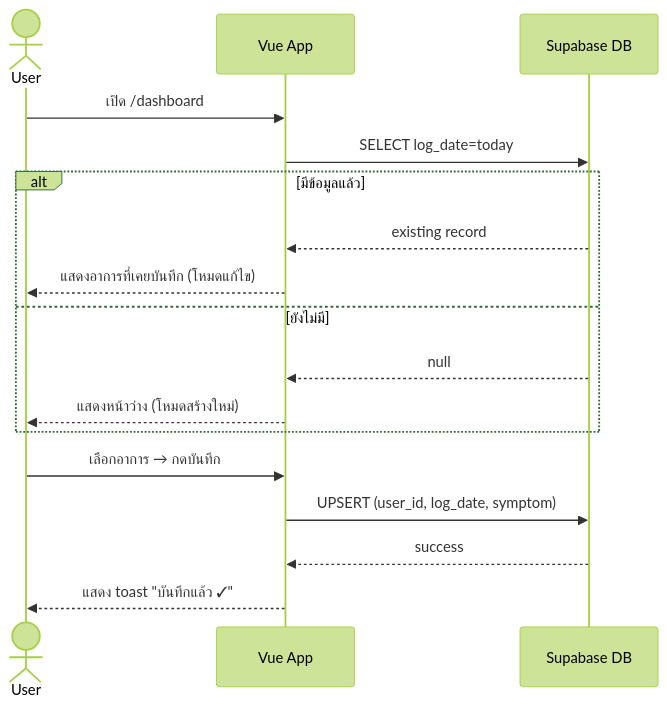
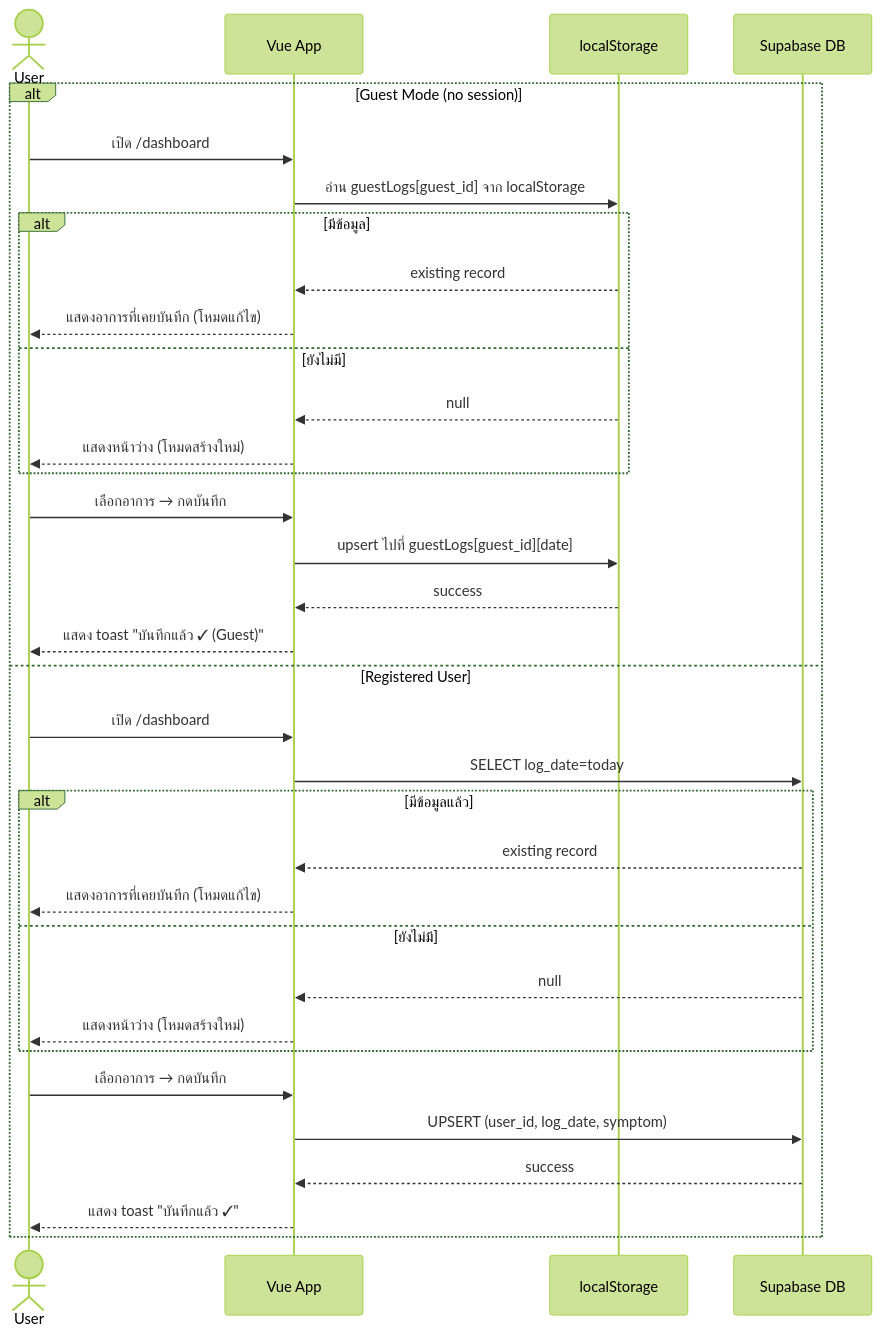
One commit to KomnutWanNTL/KidHealthTracker changed the fourth of 5 diagrams in .docs/requirements-kidhealth-tracker.md. Above: the diagram before and after it, drawn with Mermaid (forest theme). The commit also changed other lines of this file and 2 other files, not shown here.

First line of the commit message:
docs: add Guest Mode (v2.0.0) documentation to requirements, plan, and tasks

````diff
--- a/.docs/requirements-kidhealth-tracker.md
+++ b/.docs/requirements-kidhealth-tracker.md
@@ -123,21 +183,39 @@
 ```mermaid
 sequenceDiagram
     actor User
     participant Vue as Vue App
+    participant LS as localStorage
     participant Supabase as Supabase DB
 
-    User->>Vue: เปิด /dashboard
-    Vue->>Supabase: SELECT log_date=today
-    alt มีข้อมูลแล้ว
-        Supabase-->>Vue: existing record
-        Vue-->>User: แสดงอาการที่เคยบันทึก (โหมดแก้ไข)
-    else ยังไม่มี
-        Supabase-->>Vue: null
-        Vue-->>User: แสดงหน้าว่าง (โหมดสร้างใหม่)
+    alt Guest Mode (no session)
+        User->>Vue: เปิด /dashboard
+        Vue->>LS: อ่าน guestLogs[guest_id] จาก localStorage
+        alt มีข้อมูล
+            LS-->>Vue: existing record
+            Vue-->>User: แสดงอาการที่เคยบันทึก (โหมดแก้ไข)
+        else ยังไม่มี
+            LS-->>Vue: null
+            Vue-->>User: แสดงหน้าว่าง (โหมดสร้างใหม่)
+        end
+
+        User->>Vue: เลือกอาการ → กดบันทึก
+        Vue->>LS: upsert ไปที่ guestLogs[guest_id][date]
+        LS-->>Vue: success
+        Vue-->>User: แสดง toast "บันทึกแล้ว ✓ (Guest)"
+    else Registered User
+        User->>Vue: เปิด /dashboard
+        Vue->>Supabase: SELECT log_date=today
+        alt มีข้อมูลแล้ว
+            Supabase-->>Vue: existing record
+            Vue-->>User: แสดงอาการที่เคยบันทึก (โหมดแก้ไข)
+        else ยังไม่มี
+            Supabase-->>Vue: null
+            Vue-->>User: แสดงหน้าว่าง (โหมดสร้างใหม่)
+        end
+
+        User->>Vue: เลือกอาการ → กดบันทึก
+        Vue->>Supabase: UPSERT (user_id, log_date, symptom)
+        Supabase-->>Vue: success
+        Vue-->>User: แสดง toast "บันทึกแล้ว ✓"
     end
-
-    User->>Vue: เลือกอาการ → กดบันทึก
-    Vue->>Supabase: UPSERT (user_id, log_date, symptom)
-    Supabase-->>Vue: success
-    Vue-->>User: แสดง toast "บันทึกแล้ว ✓"
 ```
````
